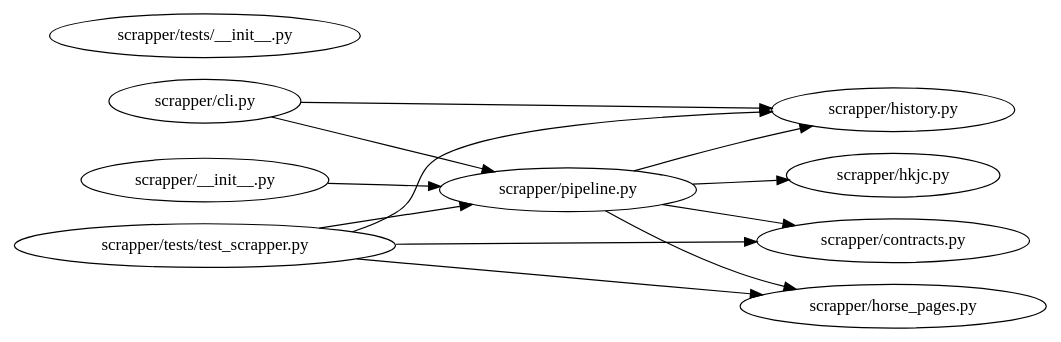
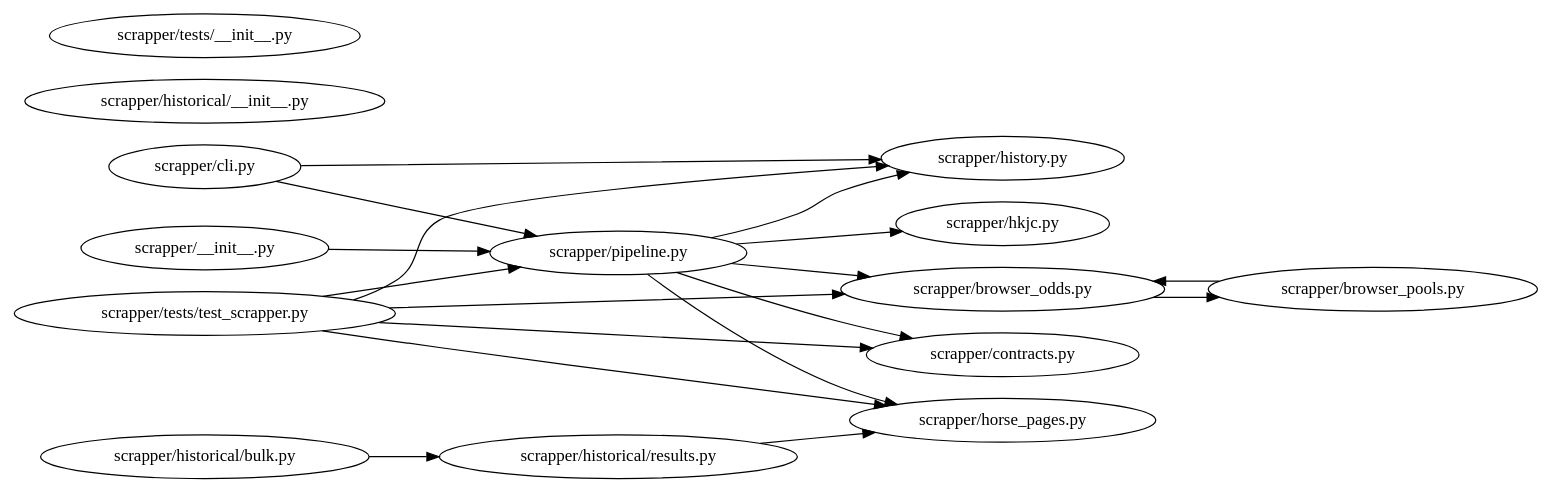
One commit to Kassden/iMa changed the diagram in docs/architecture-graphs/system-scrapper.dot. Above: the diagram before and after it, drawn with Graphviz. The commit also changed 41 other files, not shown here.

First line of the commit message:
docs(architecture): refresh megatect graphs

```diff
--- a/docs/architecture-graphs/system-scrapper.dot
+++ b/docs/architecture-graphs/system-scrapper.dot
@@ -1,23 +1,34 @@
 digraph architecture {
   rankdir="LR";
   "scrapper/__init__.py";
+  "scrapper/browser_odds.py";
+  "scrapper/browser_pools.py";
   "scrapper/cli.py";
   "scrapper/contracts.py";
+  "scrapper/historical/__init__.py";
+  "scrapper/historical/bulk.py";
+  "scrapper/historical/results.py";
   "scrapper/history.py";
   "scrapper/hkjc.py";
   "scrapper/horse_pages.py";
   "scrapper/pipeline.py";
   "scrapper/tests/__init__.py";
   "scrapper/tests/test_scrapper.py";
   "scrapper/__init__.py" -> "scrapper/pipeline.py";
+  "scrapper/browser_odds.py" -> "scrapper/browser_pools.py";
+  "scrapper/browser_pools.py" -> "scrapper/browser_odds.py";
   "scrapper/cli.py" -> "scrapper/history.py";
   "scrapper/cli.py" -> "scrapper/pipeline.py";
+  "scrapper/historical/bulk.py" -> "scrapper/historical/results.py";
+  "scrapper/historical/results.py" -> "scrapper/horse_pages.py";
+  "scrapper/pipeline.py" -> "scrapper/browser_odds.py";
   "scrapper/pipeline.py" -> "scrapper/contracts.py";
   "scrapper/pipeline.py" -> "scrapper/history.py";
   "scrapper/pipeline.py" -> "scrapper/hkjc.py";
   "scrapper/pipeline.py" -> "scrapper/horse_pages.py";
+  "scrapper/tests/test_scrapper.py" -> "scrapper/browser_odds.py";
   "scrapper/tests/test_scrapper.py" -> "scrapper/contracts.py";
   "scrapper/tests/test_scrapper.py" -> "scrapper/history.py";
   "scrapper/tests/test_scrapper.py" -> "scrapper/horse_pages.py";
   "scrapper/tests/test_scrapper.py" -> "scrapper/pipeline.py";
 }
```
